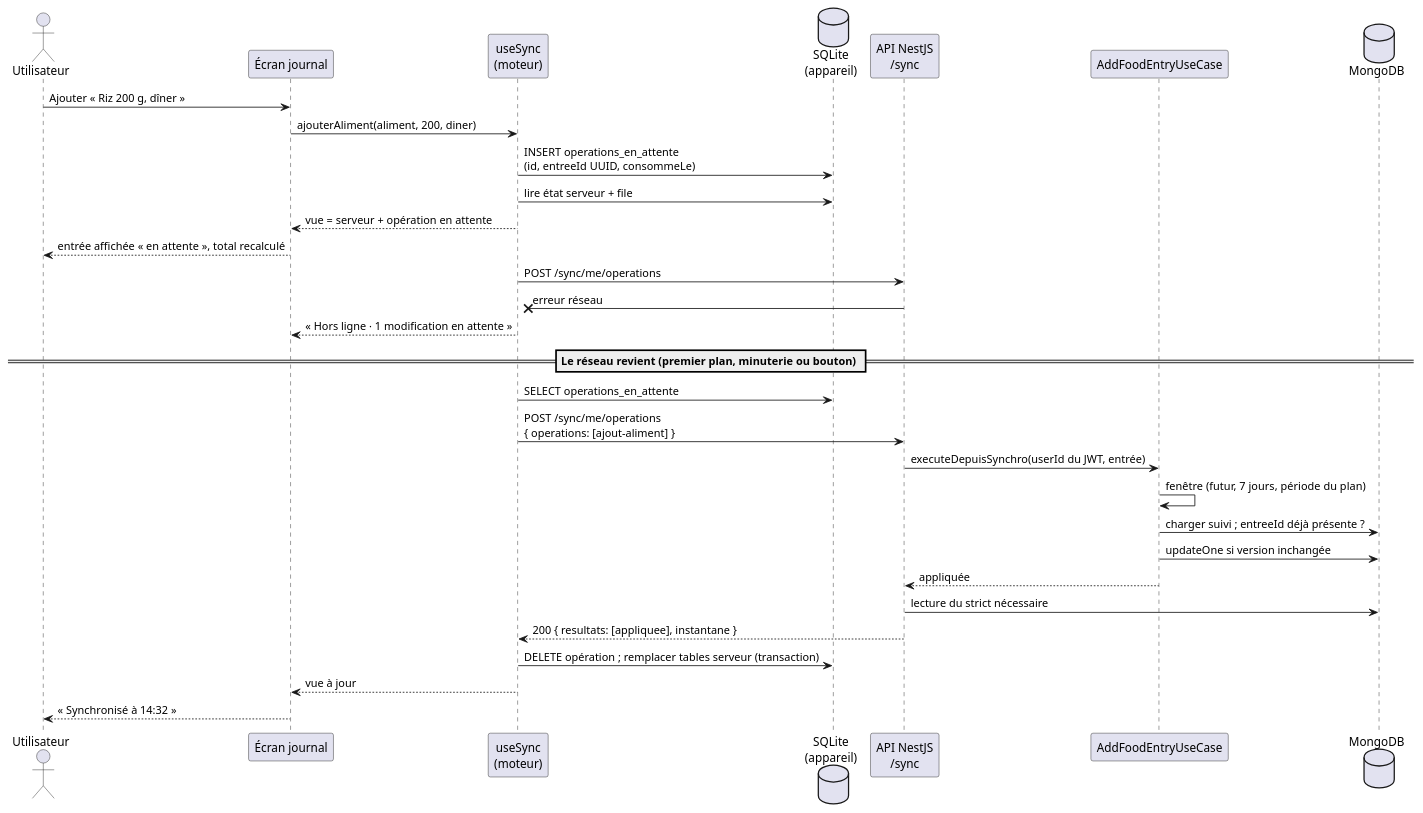
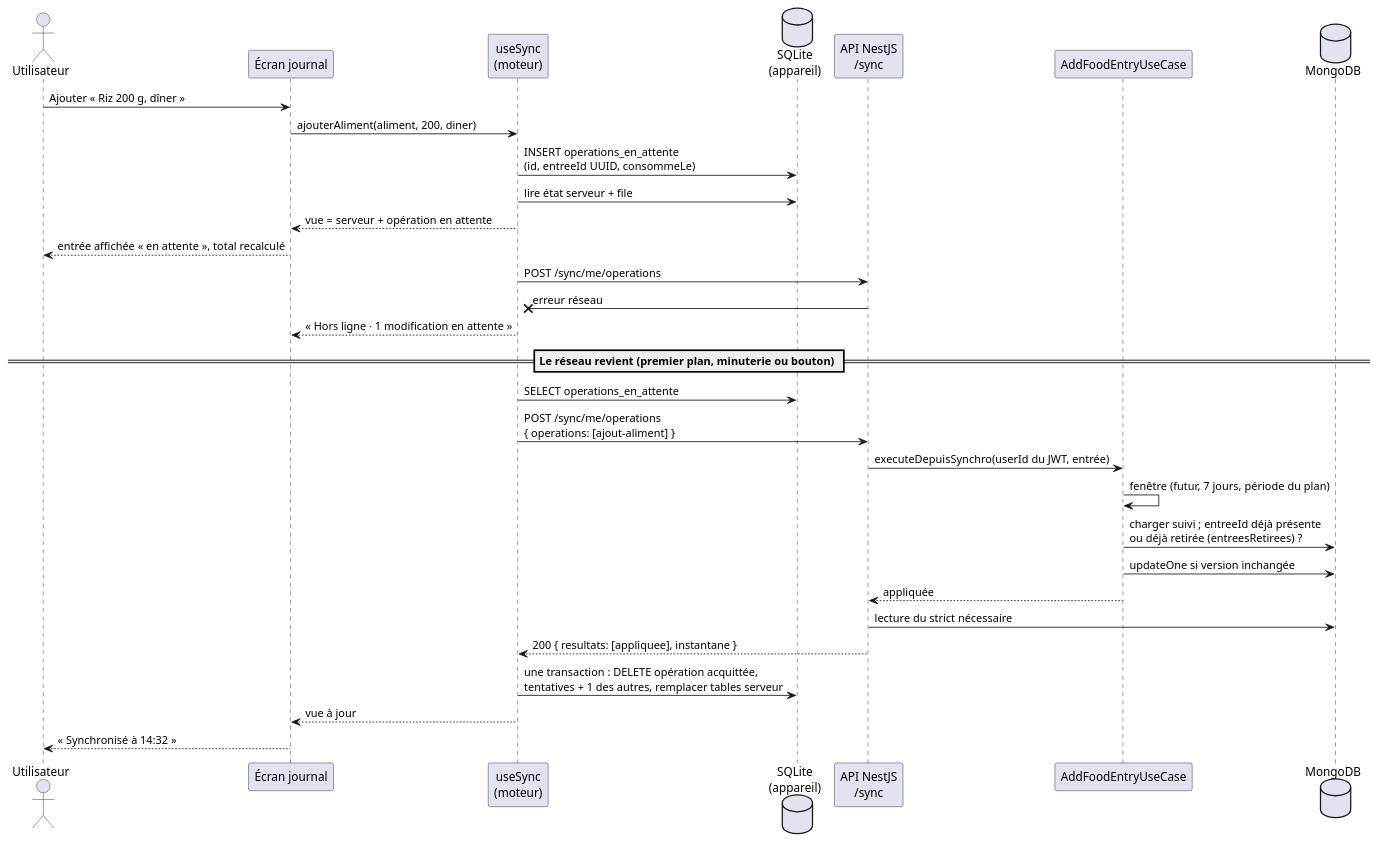
The second of 4 diagrams in docs/synchronisation.md (hachwilliam89-spec/Equilibre-HACH-Kim), drawn with PlantUML before and after one commit. The commit also changed other lines of this file and 10 other files, not shown here.

First line of the commit message:
fix(sync): un ajout rejoue apres le retrait de son entree ne la recree plus (FR403-767)

````diff
--- a/docs/synchronisation.md
+++ b/docs/synchronisation.md
@@ -179,36 +181,36 @@
 ```plantuml
 @startuml
 actor Utilisateur
 participant "Écran journal" as UI
 participant "useSync\n(moteur)" as Sync
 database "SQLite\n(appareil)" as DB
 participant "API NestJS\n/sync" as API
 participant "AddFoodEntryUseCase" as UC
 database MongoDB
 
 Utilisateur -> UI : Ajouter « Riz 200 g, dîner »
 UI -> Sync : ajouterAliment(aliment, 200, diner)
 Sync -> DB : INSERT operations_en_attente\n(id, entreeId UUID, consommeLe)
 Sync -> DB : lire état serveur + file
 Sync --> UI : vue = serveur + opération en attente
 UI --> Utilisateur : entrée affichée « en attente », total recalculé
 Sync -> API : POST /sync/me/operations
 API -x Sync : erreur réseau
 Sync --> UI : « Hors ligne · 1 modification en attente »
 
 == Le réseau revient (premier plan, minuterie ou bouton) ==
 
 Sync -> DB : SELECT operations_en_attente
 Sync -> API : POST /sync/me/operations\n{ operations: [ajout-aliment] }
 API -> UC : executeDepuisSynchro(userId du JWT, entrée)
 UC -> UC : fenêtre (futur, 7 jours, période du plan)
-UC -> MongoDB : charger suivi ; entreeId déjà présente ?
+UC -> MongoDB : charger suivi ; entreeId déjà présente\nou déjà retirée (entreesRetirees) ?
 UC -> MongoDB : updateOne si version inchangée
 UC --> API : appliquée
 API -> MongoDB : lecture du strict nécessaire
 API --> Sync : 200 { resultats: [appliquee], instantane }
-Sync -> DB : DELETE opération ; remplacer tables serveur (transaction)
+Sync -> DB : une transaction : DELETE opération acquittée,\ntentatives + 1 des autres, remplacer tables serveur
 Sync --> UI : vue à jour
 UI --> Utilisateur : « Synchronisé à 14:32 »
 @enduml
 ```
````
